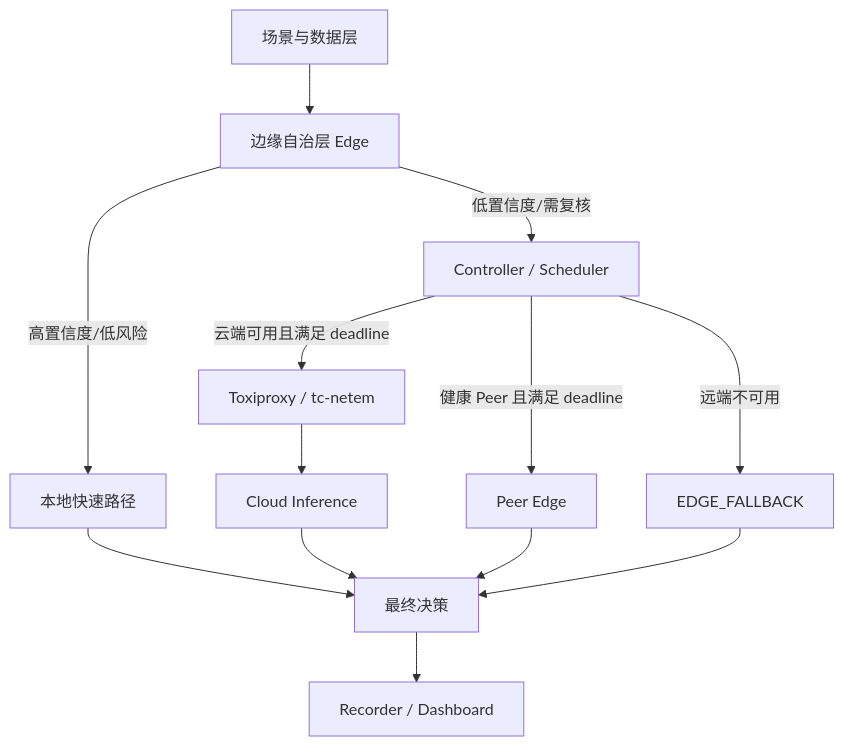
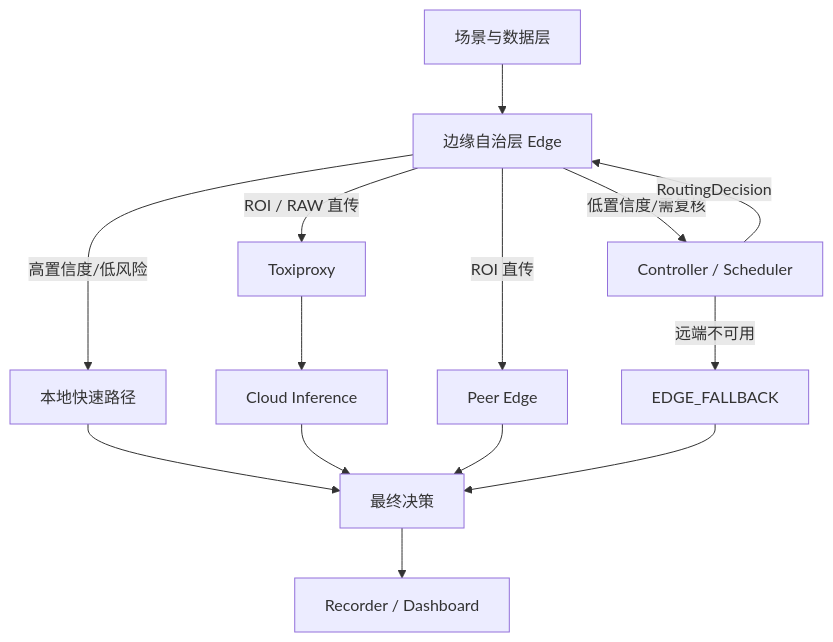
One commit to jry21223/cloud-edge-decision-system changed the diagram in README.md. Above: the diagram before and after it, drawn with Mermaid. The commit also changed other lines of this file and 47 other files, not shown here.

````diff
--- a/README.md
+++ b/README.md
@@ -13,15 +15,16 @@
 ```mermaid
 flowchart TB
     A[场景与数据层] --> B[边缘自治层 Edge]
     B -->|高置信度/低风险| C[本地快速路径]
     B -->|低置信度/需复核| D[Controller / Scheduler]
-    D -->|云端可用且满足 deadline| E[Toxiproxy / tc-netem]
+    D -->|RoutingDecision| B
+    B -->|ROI / RAW 直传| E[Toxiproxy]
     E --> F[Cloud Inference]
-    D -->|健康 Peer 且满足 deadline| G[Peer Edge]
+    B -->|ROI 直传| G[Peer Edge]
     D -->|远端不可用| H[EDGE_FALLBACK]
     C --> I[最终决策]
     F --> I
     G --> I
     H --> I
     I --> J[Recorder / Dashboard]
 ```
````
